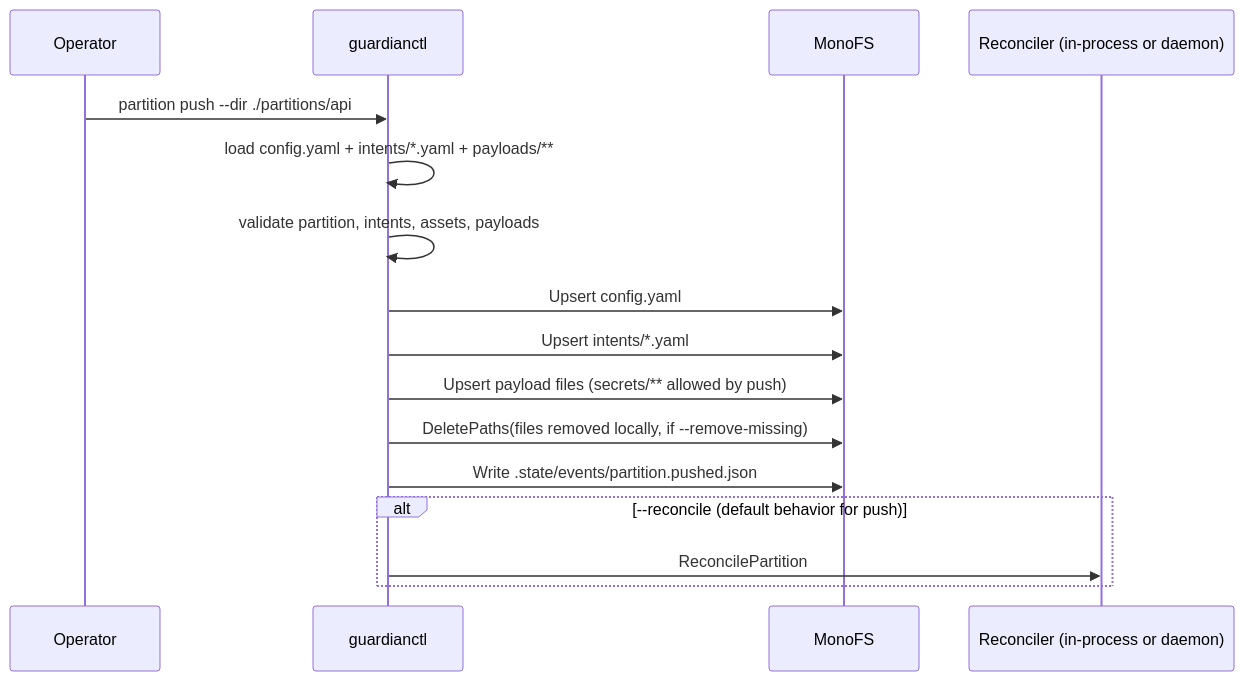
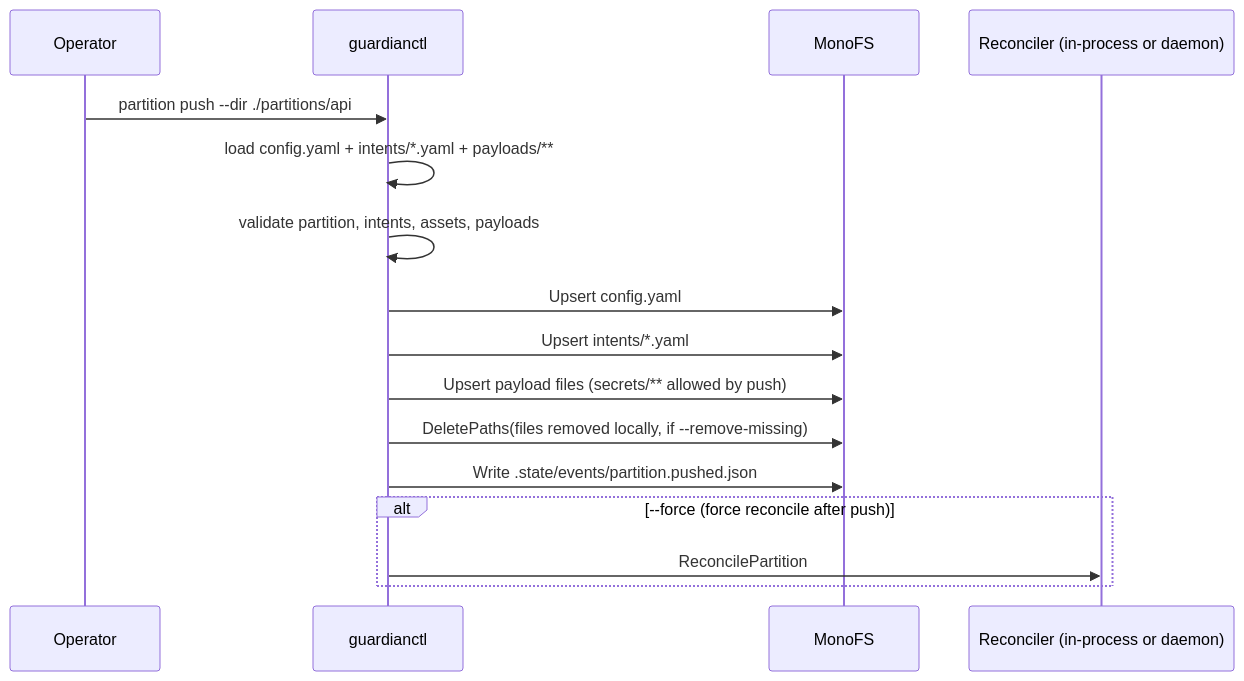
One commit to radryc/guardian changed the first of 16 diagrams in docs/logical-flow.md. Above: the diagram before and after it, drawn with Mermaid. The commit also changed other lines of this file and 34 other files, not shown here.

````diff
--- a/docs/logical-flow.md
+++ b/docs/logical-flow.md
@@ -29,19 +29,19 @@
 ```mermaid
 sequenceDiagram
     participant U as Operator
     participant CLI as guardianctl
     participant S as MonoFS
     participant REC as Reconciler (in-process or daemon)
 
     U->>CLI: partition push --dir ./partitions/api
     CLI->>CLI: load config.yaml + intents/*.yaml + payloads/**
     CLI->>CLI: validate partition, intents, assets, payloads
     CLI->>S: Upsert config.yaml
     CLI->>S: Upsert intents/*.yaml
     CLI->>S: Upsert payload files (secrets/** allowed by push)
     CLI->>S: DeletePaths(files removed locally, if --remove-missing)
     CLI->>S: Write .state/events/partition.pushed.json
-    alt --reconcile (default behavior for push)
+    alt --force (force reconcile after push)
         CLI->>REC: ReconcilePartition
     end
 ```
````
